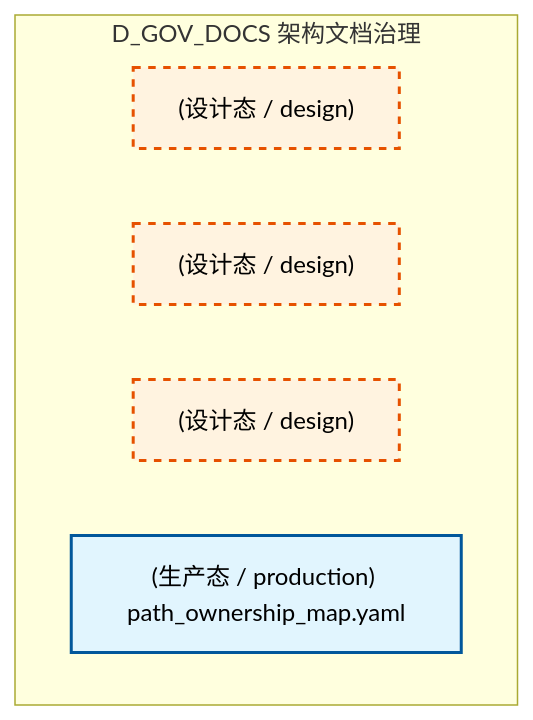
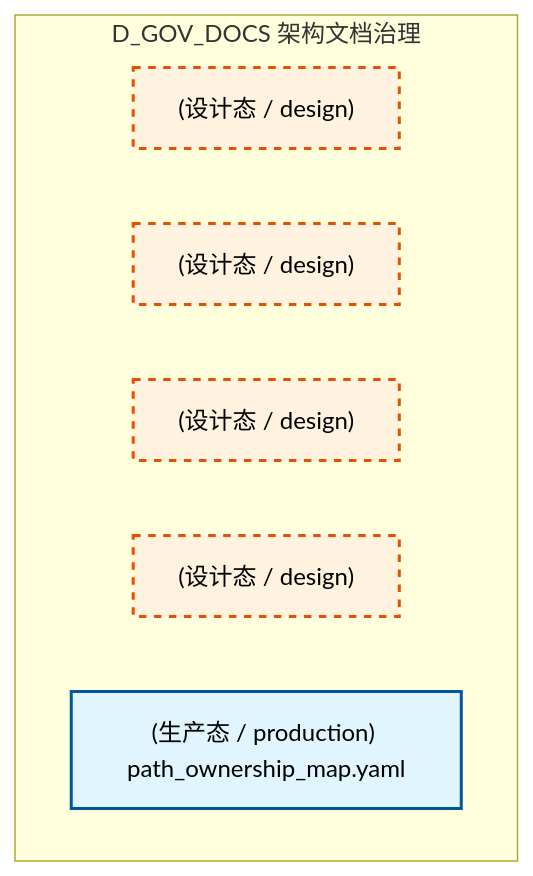
The fourth of 7 diagrams in docs/02_enterprise_architecture/02_domain_architecture_docs/40_d_gov_docs.md (xuanFelixVan/ZephyrAlpha), drawn with Mermaid before and after one commit. The commit also changed other lines of this file and 126 other files, not shown here.

````diff
--- a/docs/02_enterprise_architecture/02_domain_architecture_docs/40_d_gov_docs.md
+++ b/docs/02_enterprise_architecture/02_domain_architecture_docs/40_d_gov_docs.md
@@ -306,15 +309,16 @@
 ```mermaid
 graph TD
     subgraph D_GOV_DOCS["D_GOV_DOCS 架构文档治理"]
+        docs_03_modules_master_blueprint_blueprint_agent_spec_md["(设计态 / design) "]
         docs_03_modules_master_blueprint_blueprint_baseline_md["(设计态 / design) "]
         docs_03_modules_master_blueprint_blueprint_capacity_md["(设计态 / design) "]
         docs_03_modules_system_master_blueprint_md["(设计态 / design) "]
         docs_03_modules_path_ownership_map_yaml["(生产态 / production) path_ownership_map.yaml"]
     end
     classDef production fill:#e1f5fe,stroke:#01579b,stroke-width:2px,color:#000
     classDef design fill:#fff3e0,stroke:#e65100,stroke-width:2px,color:#000,stroke-dasharray: 5 5
     classDef external_prod fill:#e8f5e9,stroke:#1b5e20,stroke-width:1px,color:#000
     classDef external_design fill:#fce4ec,stroke:#880e4f,stroke-width:1px,color:#000,stroke-dasharray: 5 5
     class docs_03_modules_path_ownership_map_yaml production
-    class docs_03_modules_master_blueprint_blueprint_baseline_md,docs_03_modules_master_blueprint_blueprint_capacity_md,docs_03_modules_system_master_blueprint_md design
+    class docs_03_modules_master_blueprint_blueprint_agent_spec_md,docs_03_modules_master_blueprint_blueprint_baseline_md,docs_03_modules_master_blueprint_blueprint_capacity_md,docs_03_modules_system_master_blueprint_md design
 ```
````
